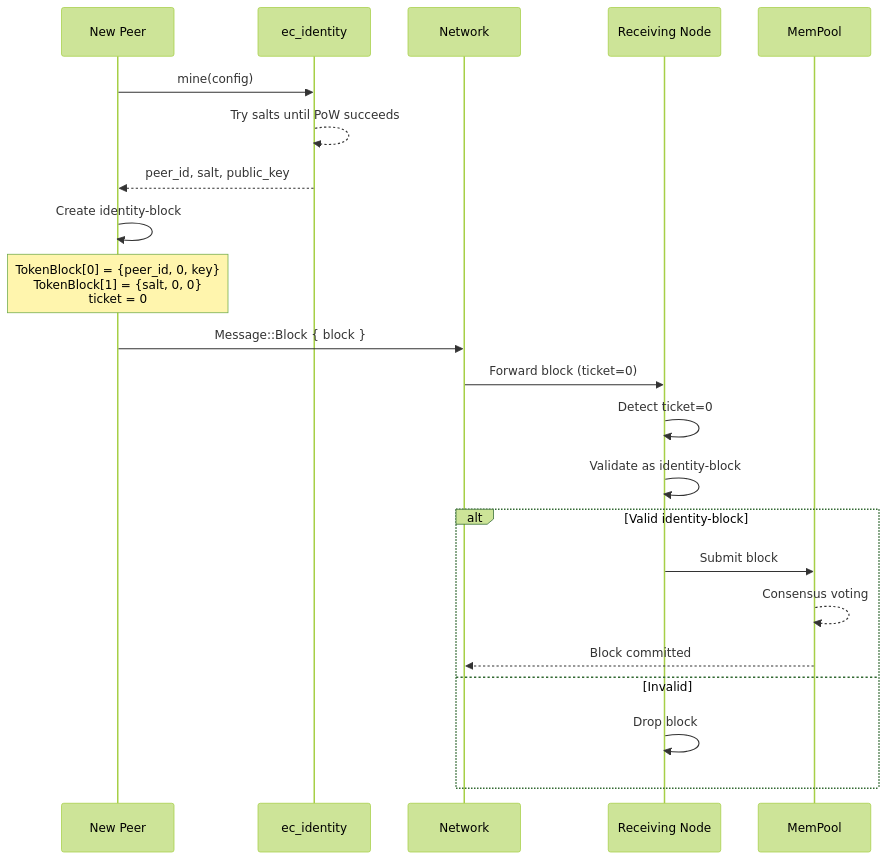
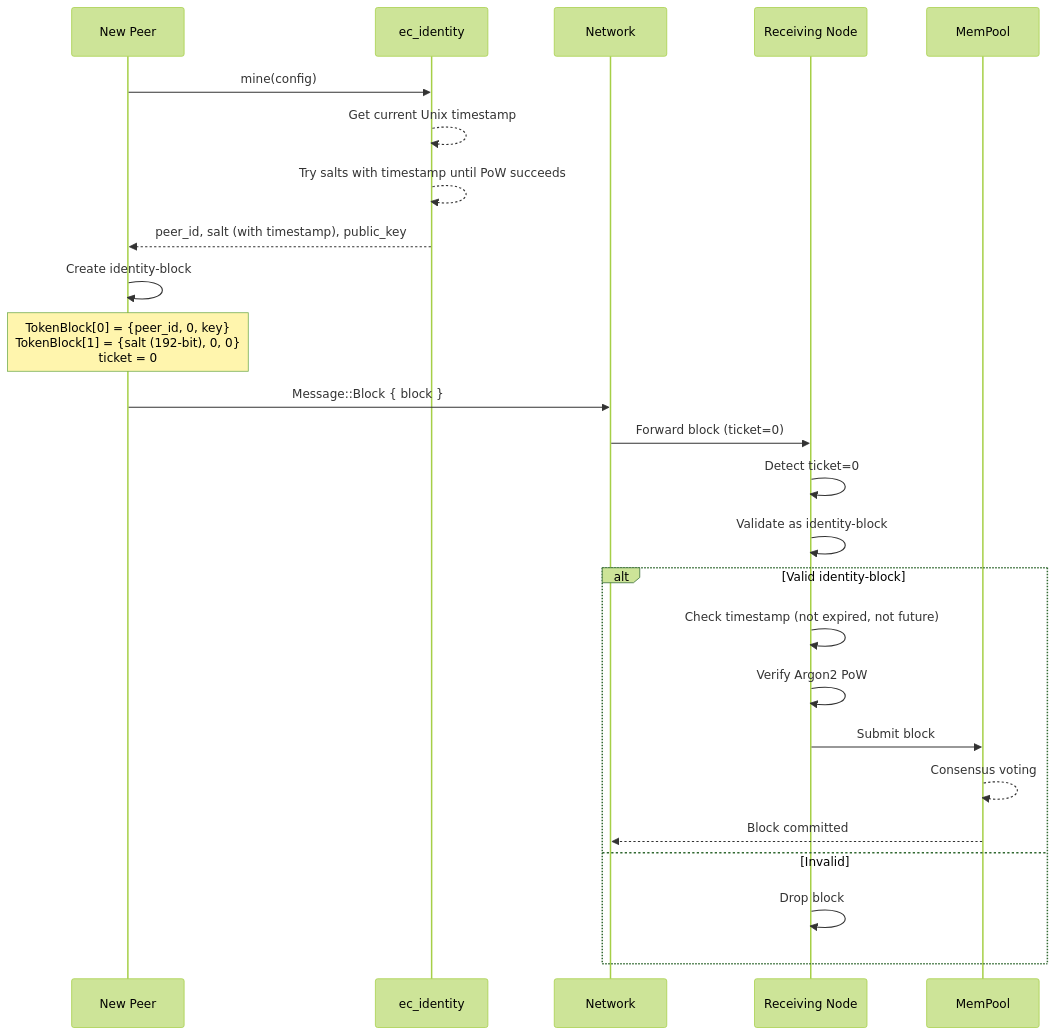
The diagram in docs/identity-block-design.md (EcProtocol/EcNode), drawn with Mermaid (forest theme) before and after one commit. The commit also changed other lines of this file and 2 other files, not shown here.

First line of the commit message:
Implement timestamp-based identity expiration

````diff
--- a/docs/identity-block-design.md
+++ b/docs/identity-block-design.md
@@ -20,29 +57,32 @@
 ```mermaid
 sequenceDiagram
     participant Peer as New Peer
     participant Identity as ec_identity
     participant Network as Network
     participant Node as Receiving Node
     participant MemPool as MemPool
 
     Peer->>Identity: mine(config)
-    Identity-->>Identity: Try salts until PoW succeeds
-    Identity-->>Peer: peer_id, salt, public_key
+    Identity-->>Identity: Get current Unix timestamp
+    Identity-->>Identity: Try salts with timestamp until PoW succeeds
+    Identity-->>Peer: peer_id, salt (with timestamp), public_key
 
     Peer->>Peer: Create identity-block
-    Note over Peer: TokenBlock[0] = {peer_id, 0, key}<br/>TokenBlock[1] = {salt, 0, 0}<br/>ticket = 0
+    Note over Peer: TokenBlock[0] = {peer_id, 0, key}<br/>TokenBlock[1] = {salt (192-bit), 0, 0}<br/>ticket = 0
 
     Peer->>Network: Message::Block { block }
     Network->>Node: Forward block (ticket=0)
 
     Node->>Node: Detect ticket=0
     Node->>Node: Validate as identity-block
 
     alt Valid identity-block
+        Node->>Node: Check timestamp (not expired, not future)
+        Node->>Node: Verify Argon2 PoW
         Node->>MemPool: Submit block
         MemPool-->>MemPool: Consensus voting
         MemPool-->>Network: Block committed
     else Invalid
         Node->>Node: Drop block
     end
 ```
````
